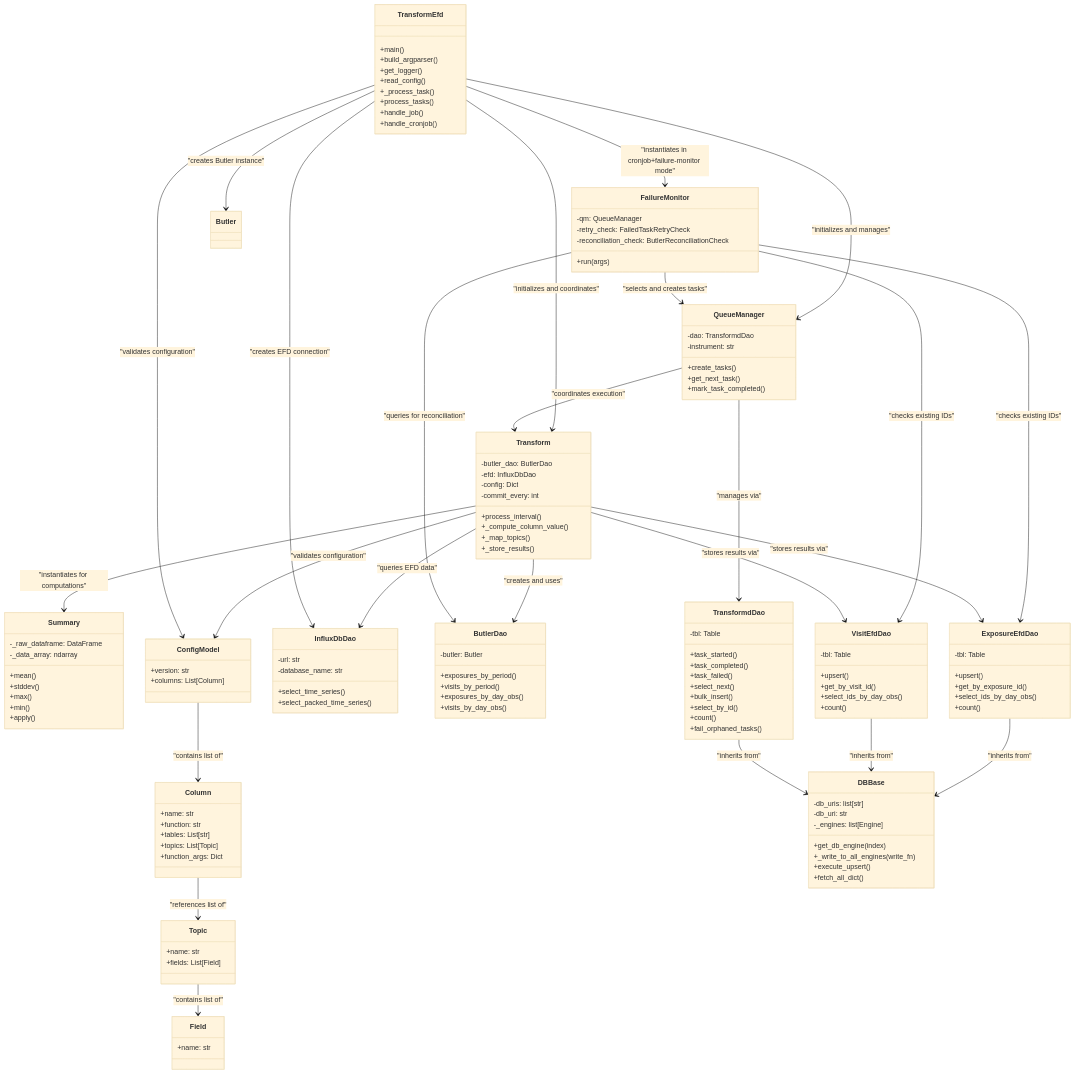
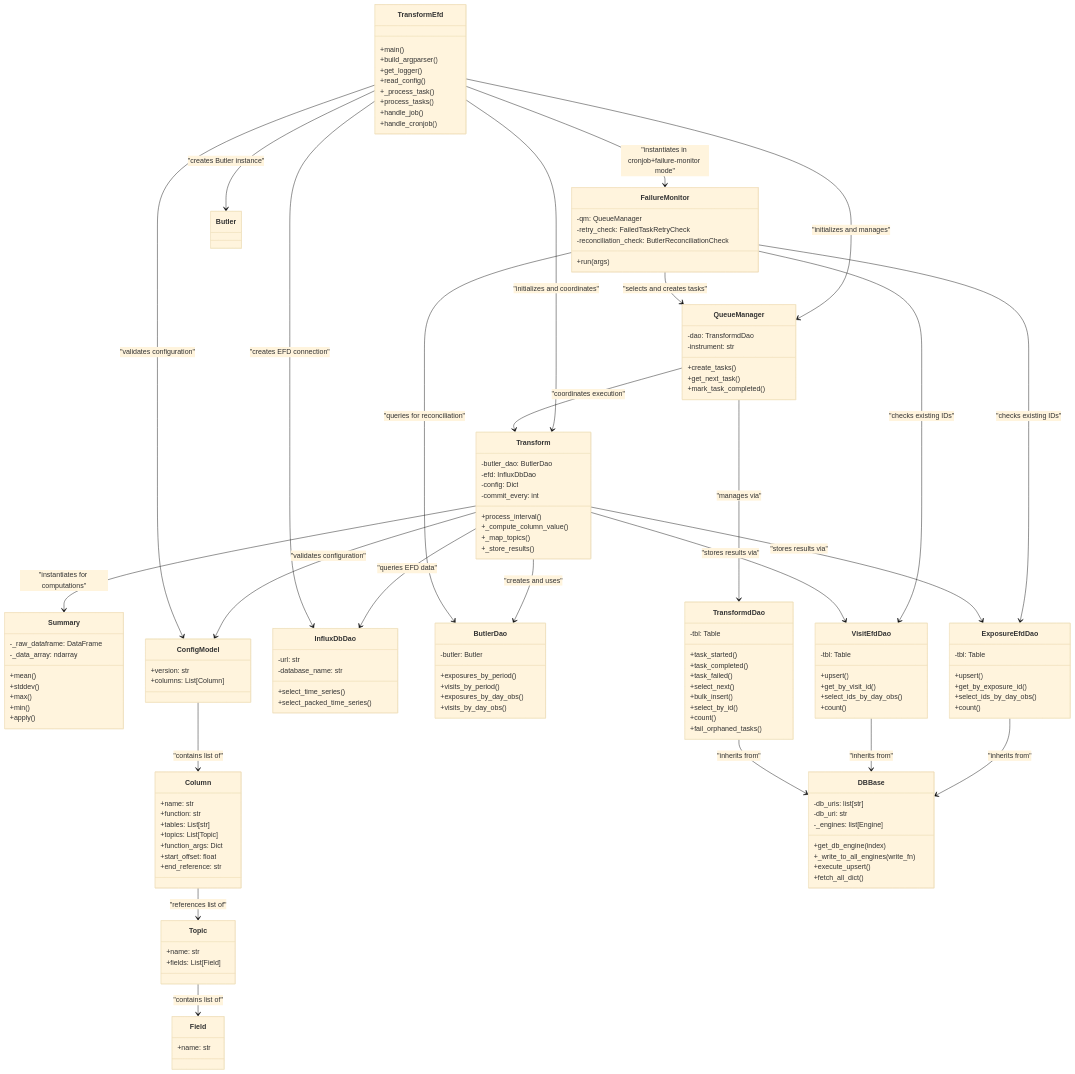
The second of 3 diagrams in doc/developer-guide/transformed-efd.rst (lsst-dm/consdb), drawn with Mermaid (base theme) before and after one commit. The commit also changed other lines of this file and 1 other file, not shown here.

Commit message:
Document start_offset and end_reference

```diff
--- a/doc/developer-guide/transformed-efd.rst
+++ b/doc/developer-guide/transformed-efd.rst
@@ -536,6 +540,8 @@
           +tables: List[str]
           +topics: List[Topic]
           +function_args: Dict
+          +start_offset: float
+          +end_reference: str
       }
 
       class Topic {
```
